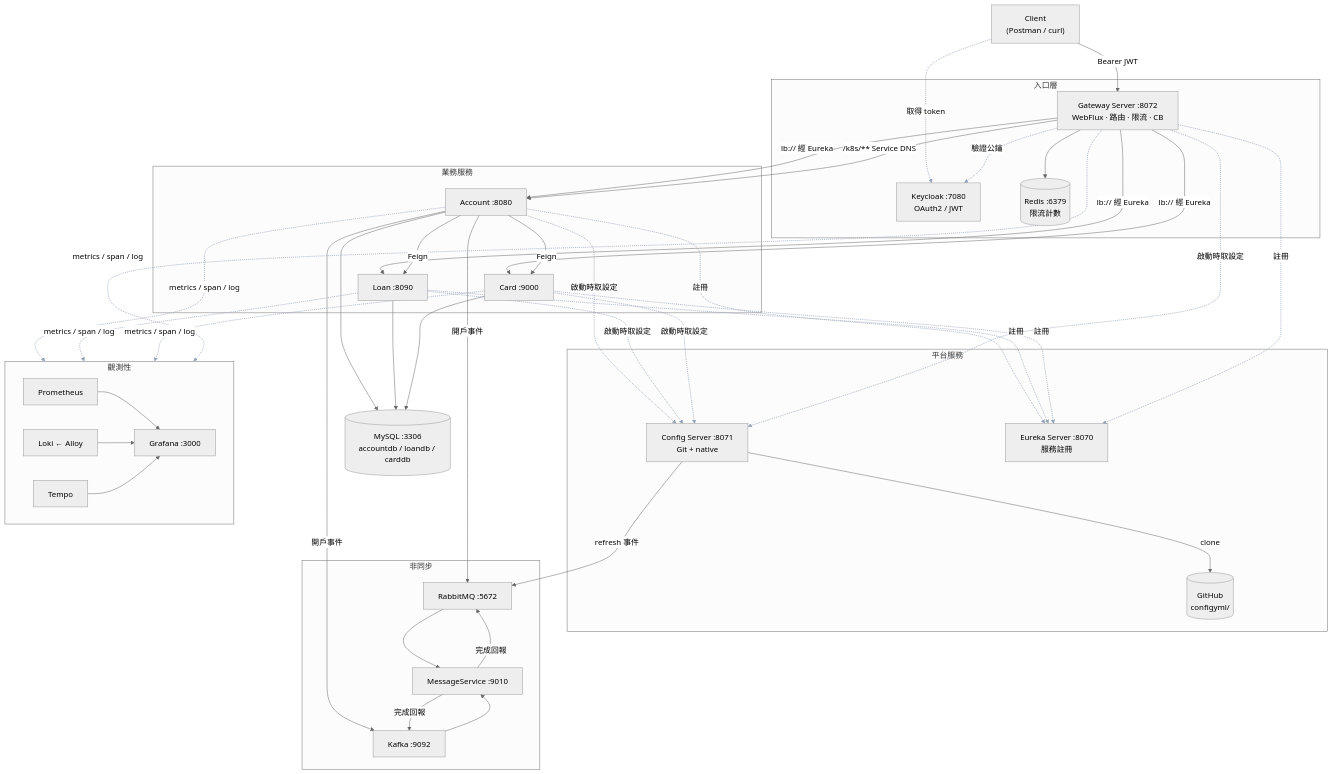
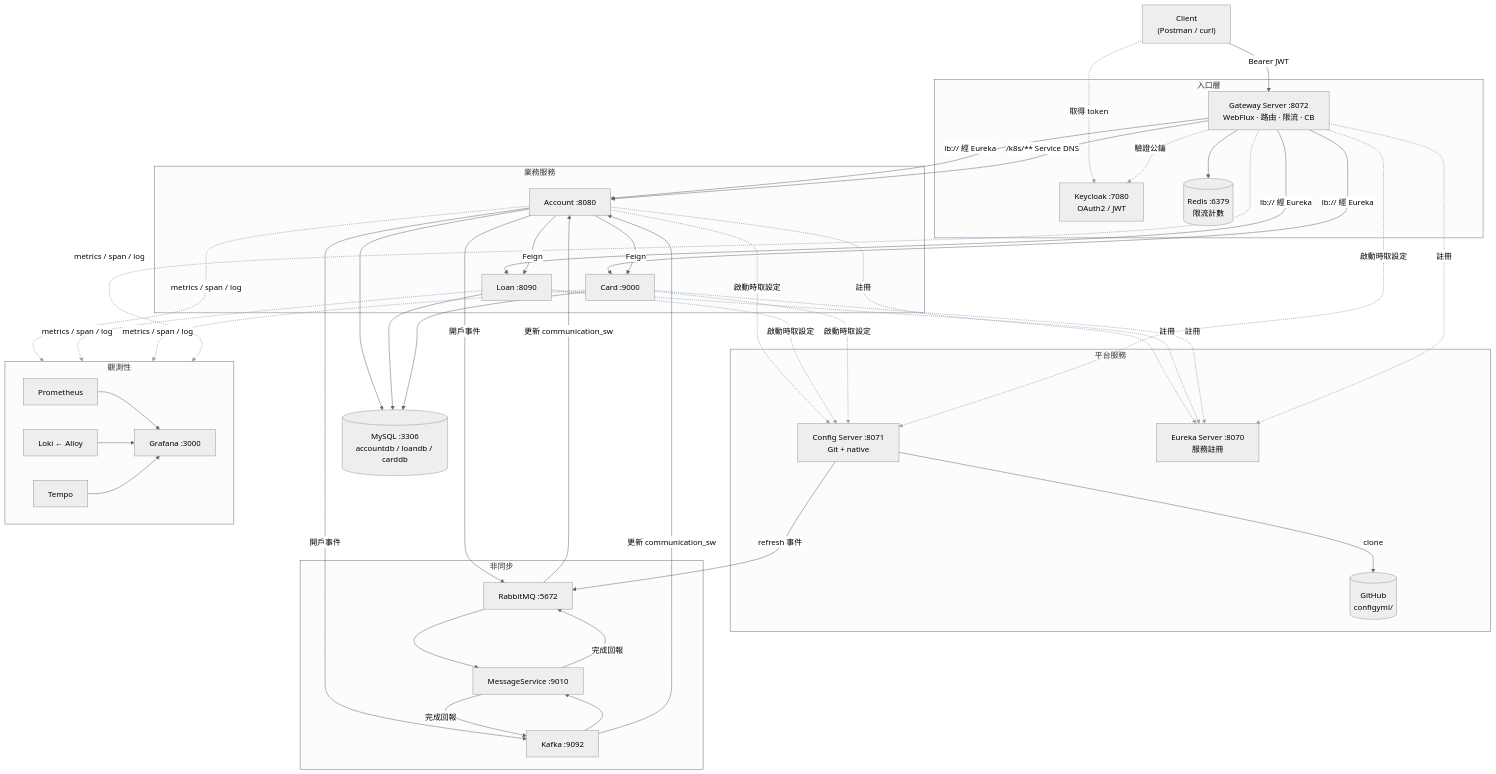
Before and after one commit to tonysk0210/springboot-microservices: the first of 4 diagrams in README.md, drawn with Mermaid (neutral theme).

```diff
--- a/README.md
+++ b/README.md
@@ -148,6 +148,7 @@
     ACC -->|開戶事件| RMQ --> MS
     ACC -->|開戶事件| KFK --> MS
     MS -->|完成回報| RMQ & KFK
+    RMQ & KFK -->|更新 communication_sw| ACC
 
     PROM & LOKI & TEMPO --> GRAF
 
```
